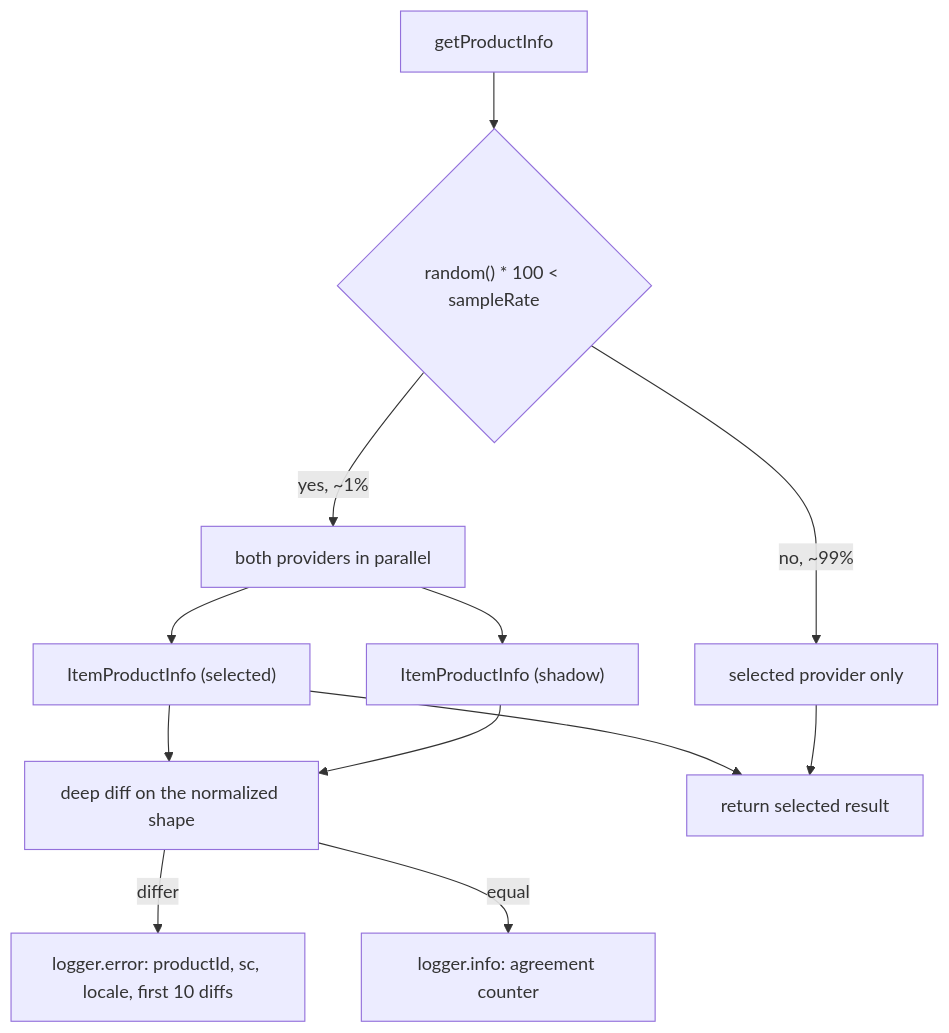
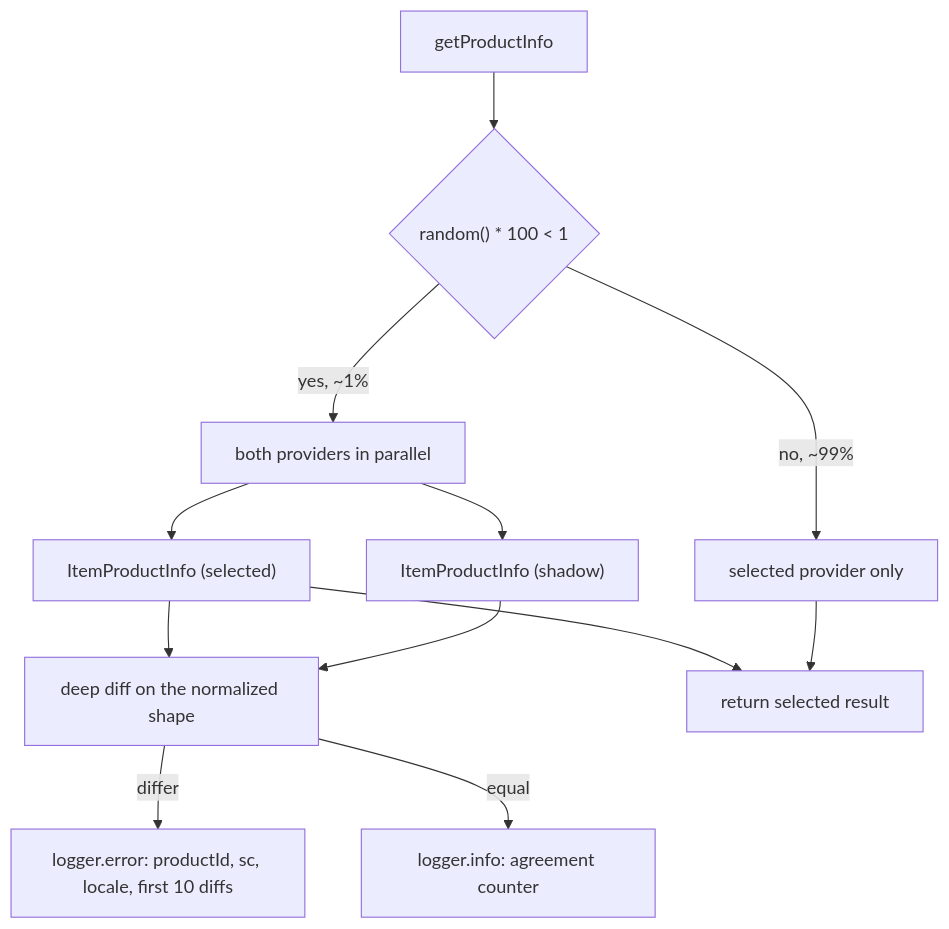
The fourth of 4 diagrams in specs/intsch-direct-item-details.md (vtex-apps/checkout-graphql), drawn with Mermaid before and after one commit. The commit also changed other lines of this file and 5 other files, not shown here.

First line of the commit message:
refactor: fix the comparison sample rate at 1% instead of exposing it

````diff
--- a/specs/intsch-direct-item-details.md
+++ b/specs/intsch-direct-item-details.md
@@ -214,14 +215,14 @@
 ```mermaid
 flowchart TB
-  G[getProductInfo] --> M{"random() * 100 < sampleRate"}
+  G[getProductInfo] --> M{"random() * 100 < 1"}
   M -->|"no, ~99%"| P["selected provider only"]
   M -->|"yes, ~1%"| B["both providers in parallel"]
   B --> N1["ItemProductInfo (selected)"]
   B --> N2["ItemProductInfo (shadow)"]
   N1 --> D[deep diff on the normalized shape]
   N2 --> D
   D -->|differ| LE["logger.error: productId, sc, locale, first 10 diffs"]
   D -->|equal| LI["logger.info: agreement counter"]
   N1 --> R2[return selected result]
   P --> R2
 ```
````
